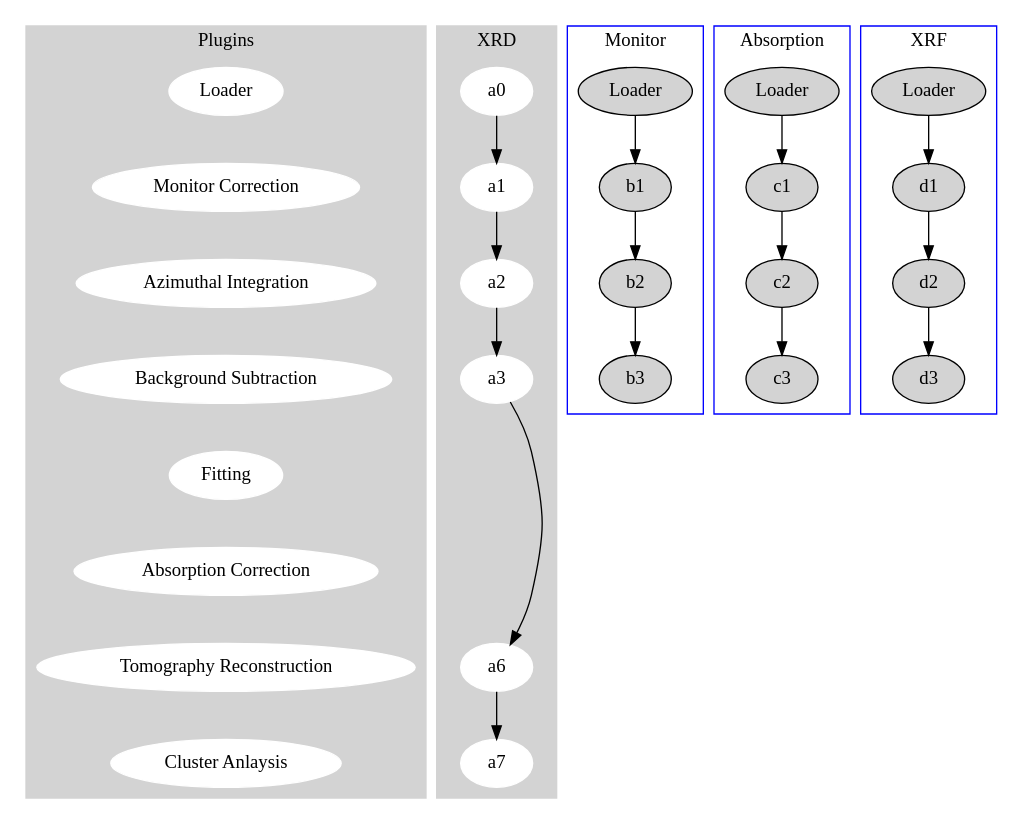
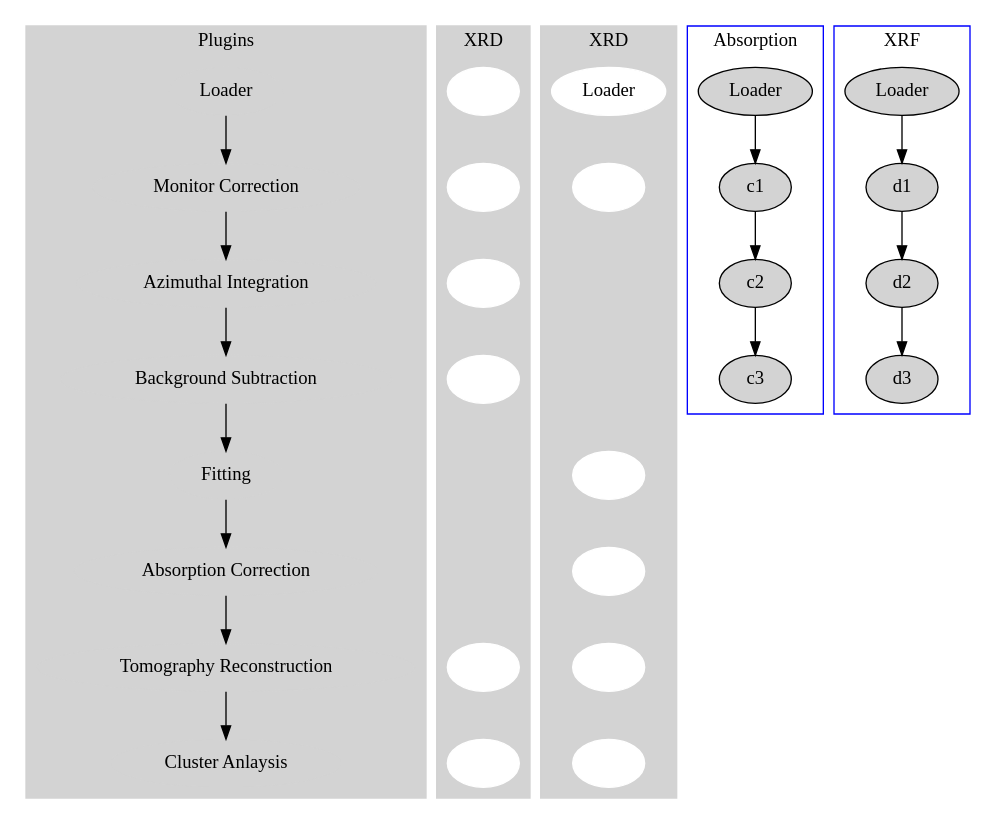
Before and after one commit to markbasham/graphviz_tests: the diagram in test1.dot, drawn with Graphviz.

```diff
--- a/test1.dot
+++ b/test1.dot
@@ -1,60 +1,59 @@
 digraph G {
 
 	subgraph cluster_start {
 		style=filled;
 		color=lightgrey;
-		node [style=filled,color=white];
-                z0 -> z1 -> z2 -> z3 -> z4 -> z5 -> z6 -> z7 [style=invis]         
+		node [color=lightgrey];
+                z0 -> z1 -> z2 -> z3 -> z4 -> z5 -> z6 -> z7         
 		label = "Plugins";
 	}
 
 	subgraph cluster_0 {
 		style=filled;
 		color=lightgrey;
-		node [style=filled,color=white];
-                a0 -> a1 -> a2 -> a3
-		a3 -> a4 -> a5 -> a6 [style=invis]
-                a6 -> a7
+		node [style=filled, color=white, label=""];
+                a0 -> a1 -> a2 -> a3 -> a4 -> a5 -> a6 -> a7 [style=invis];
                 a4 [style=invis];
-                a5 [style=invis];
-                a3 -> a6                
+                a5 [style=invis];            
 		label = "XRD";
 	}
 
 	subgraph cluster_1 {
-		node [style=filled];
-		b0 -> b1 -> b2 -> b3;
-		label = "Monitor";
-		color=blue
+		style=filled;
+		color=lightgrey;
+		node [style=filled, color=white, label=""];
+                b0 -> b1 -> b2 -> b3 -> b4 -> b5 -> b6 -> b7 [style=invis];
+                b2, b3 [style=invis];
+		label = "XRD";
 	}
 
 	subgraph cluster_2 {
 		node [style=filled];
 		c0 -> c1 -> c2 -> c3;
 		label = "Absorption";
 		color=blue
 	}
 
 	subgraph cluster_3 {
 		node [style=filled];
 		d0 -> d1 -> d2 -> d3;
 		label = "XRF";
 		color=blue
 	}
 
         z0 [label="Loader"]
         z1 [label="Monitor Correction"]
         z2 [label="Azimuthal Integration"]
         z3 [label="Background Subtraction"]
         z4 [label="Fitting"]
         z5 [label="Absorption Correction"]
         z6 [label="Tomography Reconstruction"]
         z7 [label="Cluster Anlaysis"]
 
         b0 [label="Loader"]
         c0 [label="Loader"]
         d0 [label="Loader"]
 
       
 
 }
```
